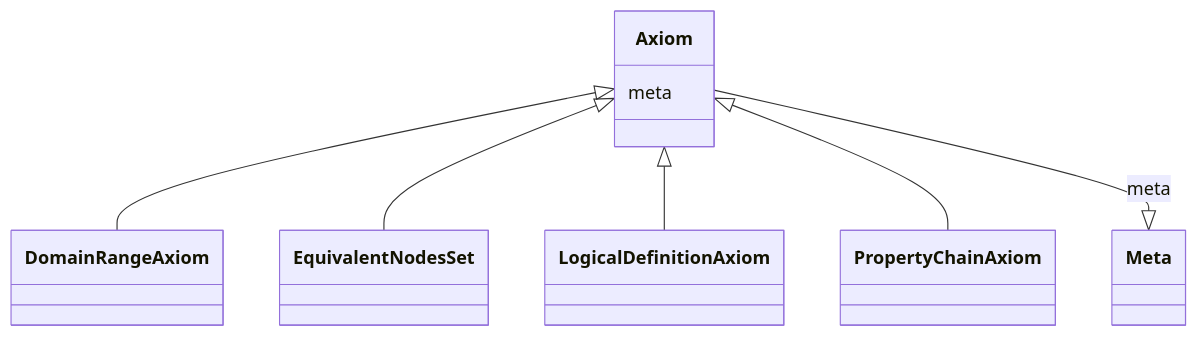
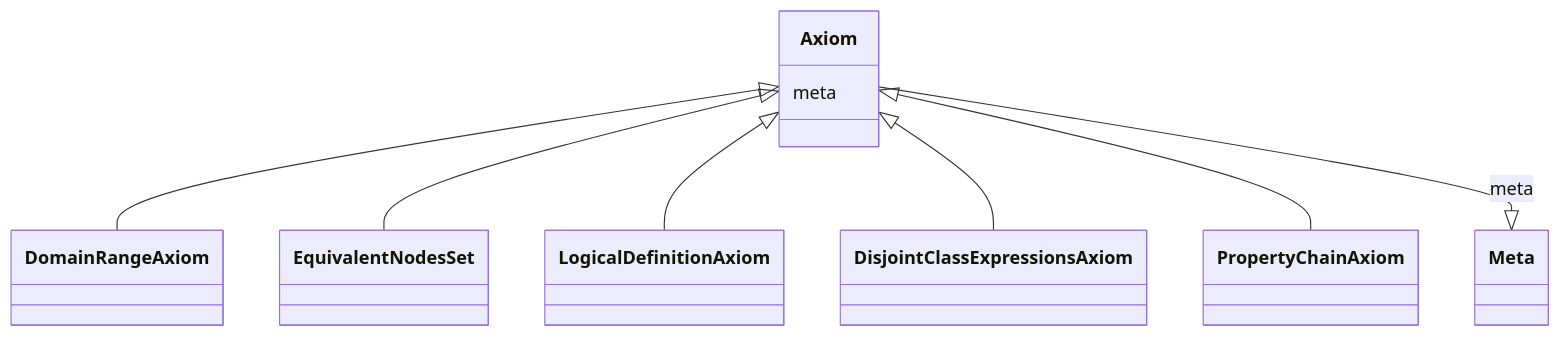
The diagram in obograph/Axiom.md (INCATools/ontology-access-kit), drawn with Mermaid before and after one commit. The commit also changed other lines of this file and 38 other files, not shown here.

````diff
--- a/obograph/Axiom.md
+++ b/obograph/Axiom.md
@@ -18,14 +18,15 @@
 ```{mermaid}
  classDiagram
     class Axiom
       Axiom <|-- DomainRangeAxiom
       Axiom <|-- EquivalentNodesSet
       Axiom <|-- LogicalDefinitionAxiom
+      Axiom <|-- DisjointClassExpressionsAxiom
       Axiom <|-- PropertyChainAxiom
       
       Axiom : meta
         
           Axiom --|> Meta : meta
         
       
 ```
````
